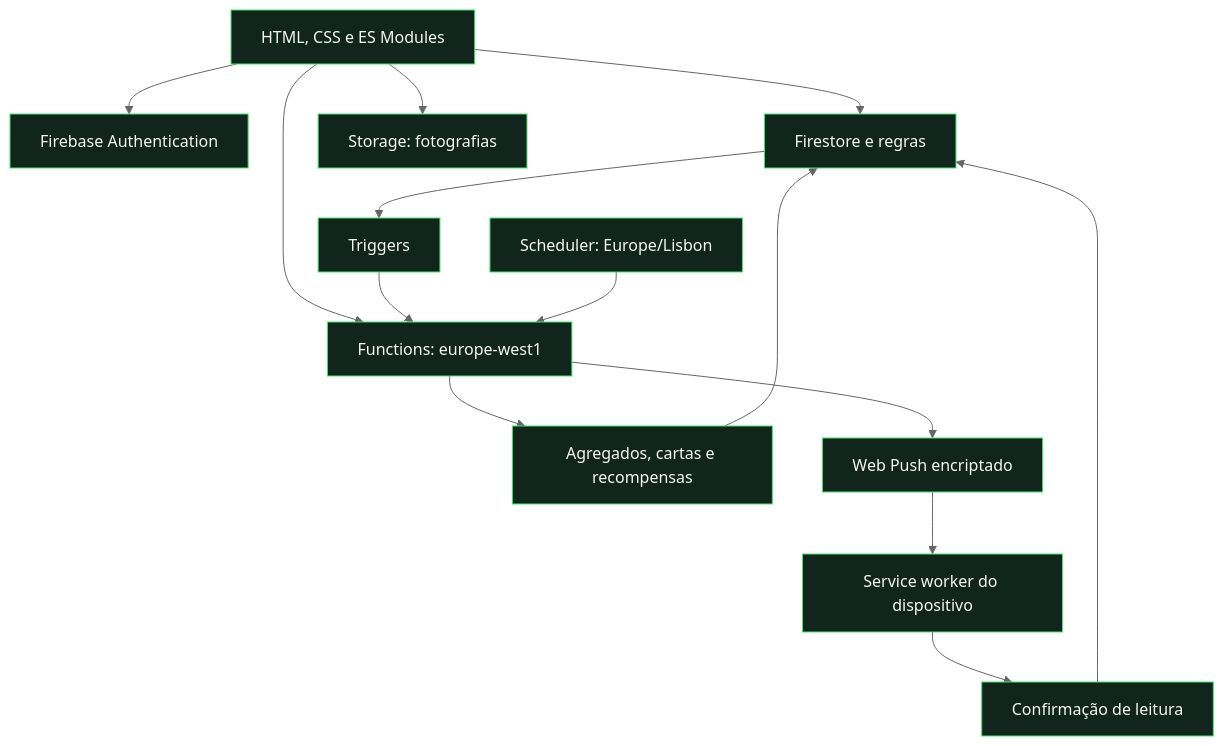
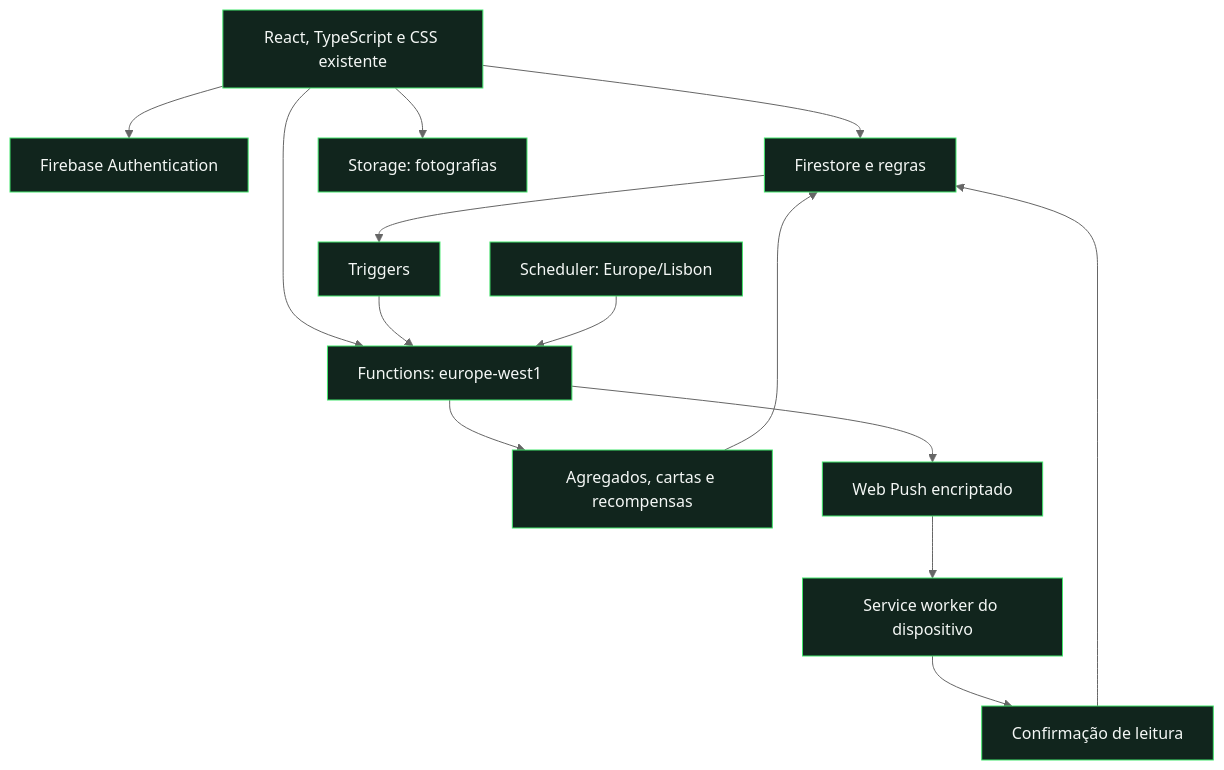
The second of 2 diagrams in docs/reference/architecture.md (MeguminKami/peladinhas-cards), drawn with Mermaid (neutral theme) before and after one commit. The commit also changed other lines of this file and 2023 other files, not shown here.

````diff
--- a/docs/reference/architecture.md
+++ b/docs/reference/architecture.md
@@ -78,17 +80,17 @@
 ```mermaid
 flowchart TB
     classDef default fill:#11251d,stroke:#42e66c,color:#f4f7f5,stroke-width:1px;
-    UI[HTML, CSS e ES Modules] --> AUTH[Firebase Authentication]
+    UI[React, TypeScript e CSS existente] --> AUTH[Firebase Authentication]
     UI --> DB[Firestore e regras]
     UI --> ST[Storage: fotografias]
     UI --> FN[Functions: europe-west1]
     DB --> TR[Triggers]
     TR --> FN
     SC[Scheduler: Europe/Lisbon] --> FN
     FN --> AG[Agregados, cartas e recompensas]
     AG --> DB
     FN --> PUSH[Web Push encriptado]
     PUSH --> SW[Service worker do dispositivo]
     SW --> ACK[Confirmação de leitura]
     ACK --> DB
 ```
````
